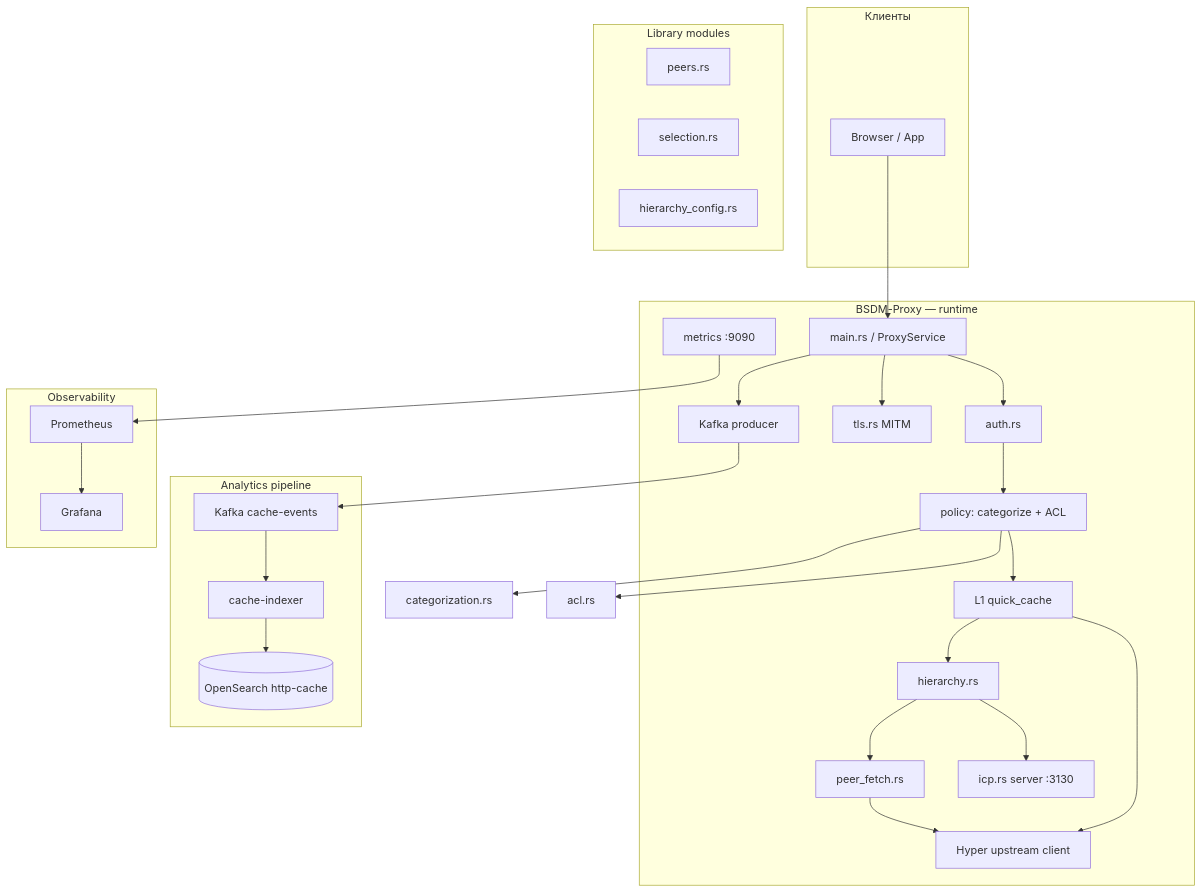
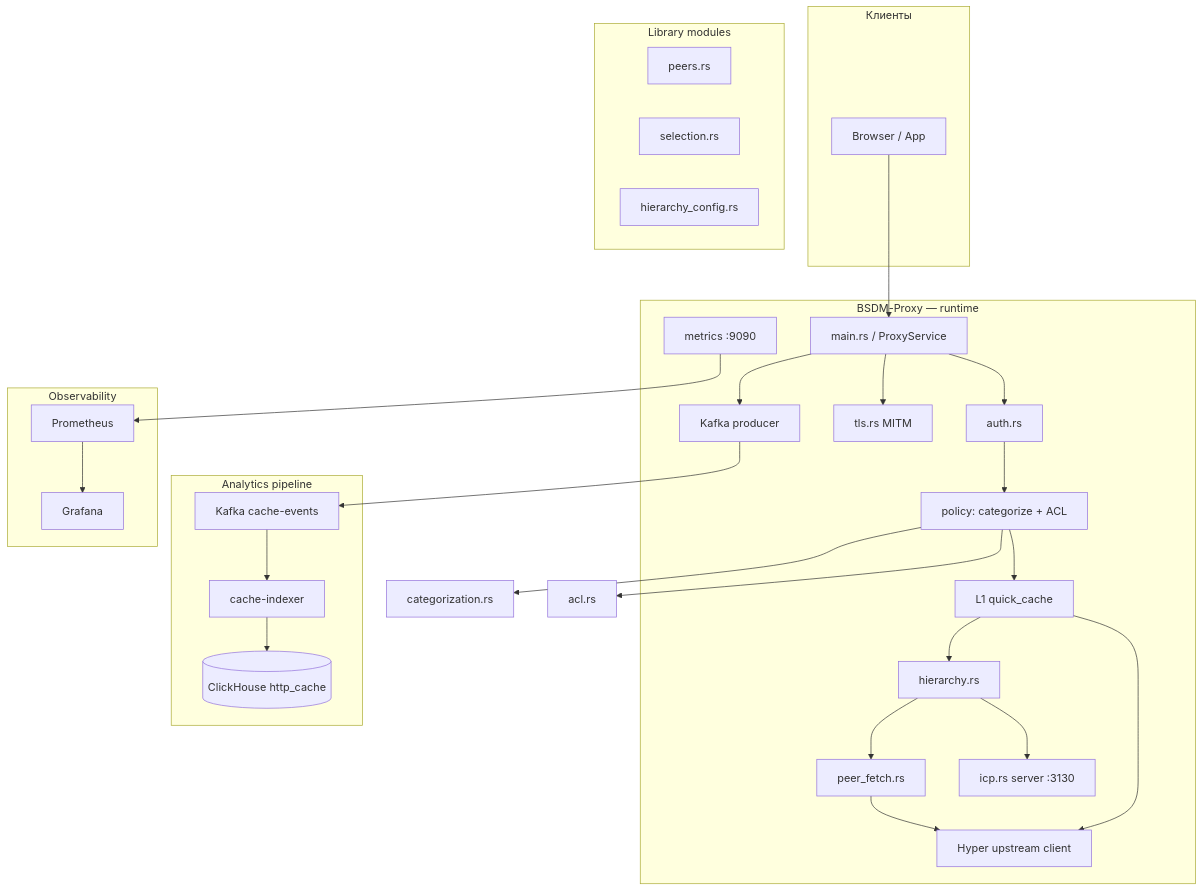
One commit to onixus/bsdm-proxy changed the first of 3 diagrams in docs/architecture.md. Above: the diagram before and after it, drawn with Mermaid. The commit also changed other lines of this file and 14 other files, not shown here.

First line of the commit message:
feat(compose): Phase 3 — ClickHouse default stack, legacy OpenSearch profile

````diff
--- a/docs/architecture.md
+++ b/docs/architecture.md
@@ -13,50 +13,50 @@
 ```mermaid
 flowchart TB
   subgraph clients [Клиенты]
     CL[Browser / App]
   end
 
   subgraph proxy_stack [BSDM-Proxy — runtime]
     MAIN[main.rs / ProxyService]
     AUTH[auth.rs]
     POL[policy: categorize + ACL]
     CACHE[L1 quick_cache]
     HIER[hierarchy.rs]
     PEER[peer_fetch.rs]
     ICP[icp.rs server :3130]
     UP[Hyper upstream client]
     TLS[tls.rs MITM]
     MET[metrics :9090]
     KPROD[Kafka producer]
   end
 
   subgraph lib_modules [Library modules]
     PEERS[peers.rs]
     SEL[selection.rs]
     HCFG[hierarchy_config.rs]
   end
 
   subgraph pipeline [Analytics pipeline]
     KAFKA[Kafka cache-events]
     IDX[cache-indexer]
-    OS[(OpenSearch http-cache)]
+    CH[(ClickHouse http_cache)]
   end
 
   subgraph observability [Observability]
     PROM[Prometheus]
     GRAF[Grafana]
   end
 
   CL --> MAIN
   MAIN --> AUTH --> POL --> CACHE
   POL --> CAT[categorization.rs]
   POL --> ACL[acl.rs]
   CACHE --> HIER
   HIER --> ICP
   HIER --> PEER
   PEER --> UP
   CACHE --> UP
   MAIN --> TLS
-  MAIN --> KPROD --> KAFKA --> IDX --> OS
+  MAIN --> KPROD --> KAFKA --> IDX --> CH
   MET --> PROM --> GRAF
 ```
````
